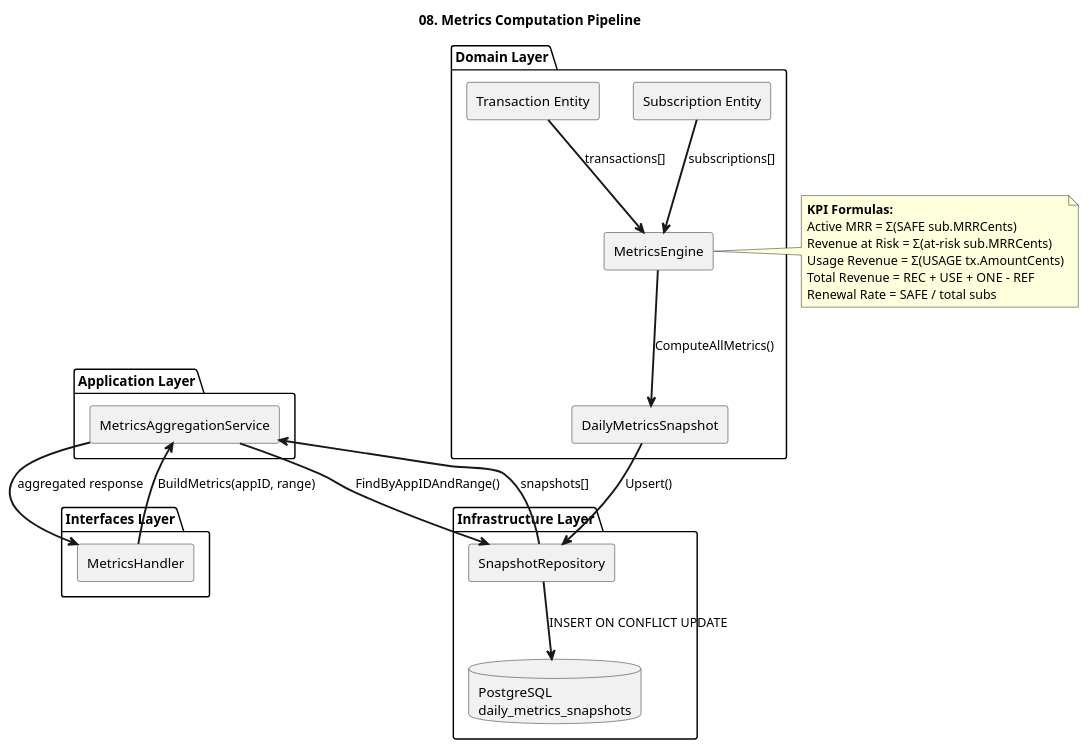
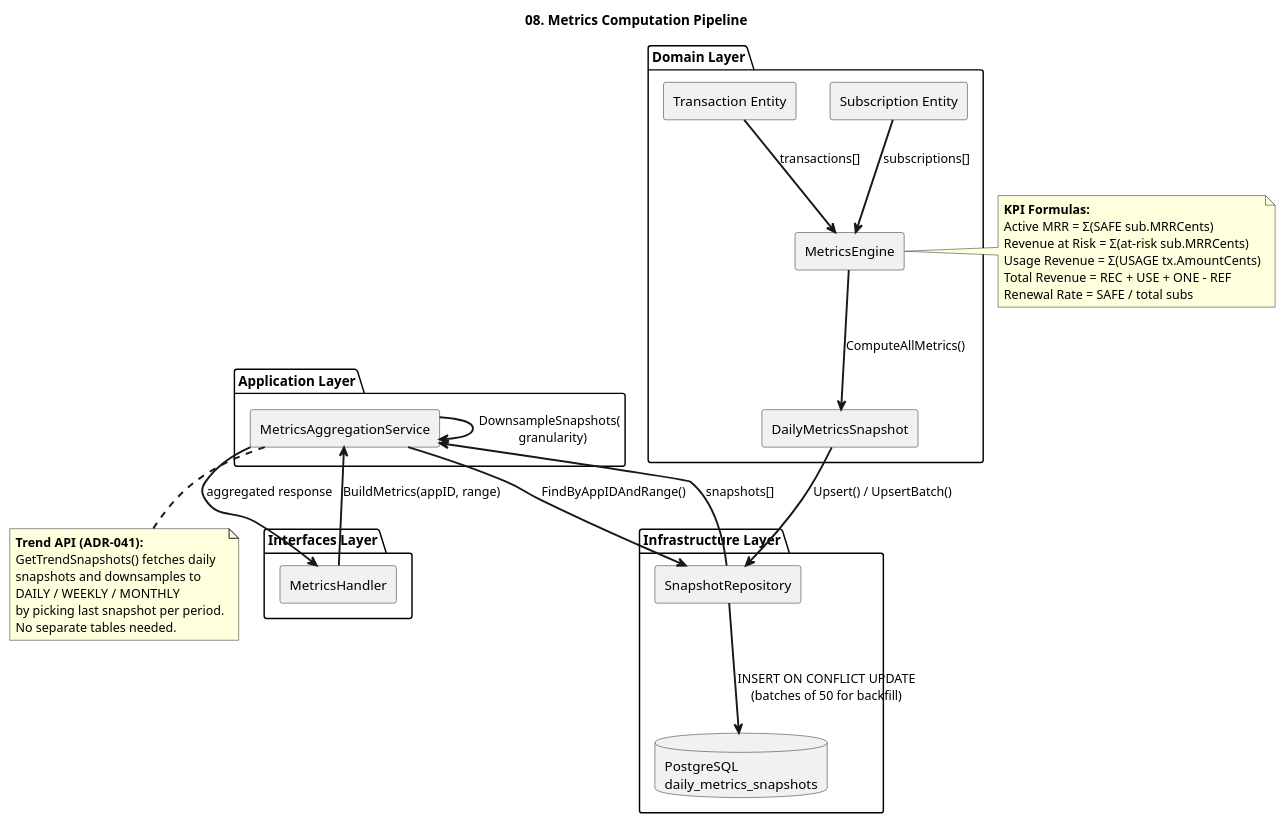
The diagram in docs/diagrams/puml/08-metrics-computation-component.puml (sachin-sivadasan/ledgerguard), drawn with PlantUML before and after one commit. The commit also changed 83 other files, not shown here.

First line of the commit message:
feat: snapshot strategy — daily backfill O(n log n), trend API with granularity (ADR-041)

```diff
--- a/docs/diagrams/puml/08-metrics-computation-component.puml
+++ b/docs/diagrams/puml/08-metrics-computation-component.puml
@@ -1,49 +1,59 @@
 @startuml
 title 08. Metrics Computation Pipeline
 
 skinparam componentStyle rectangle
 skinparam componentArrowThickness 2
 
 package "Domain Layer" {
   [MetricsEngine] as ME
   [Subscription Entity] as Sub
   [Transaction Entity] as Tx
   [DailyMetricsSnapshot] as Snap
 }
 
 package "Application Layer" {
   [MetricsAggregationService] as Agg
 }
 
 package "Interfaces Layer" {
   [MetricsHandler] as MH
 }
 
 package "Infrastructure Layer" {
   [SnapshotRepository] as SR
   database "PostgreSQL\ndaily_metrics_snapshots" as DB
 }
 
 Sub --> ME : subscriptions[]
 Tx --> ME : transactions[]
 
 ME --> Snap : ComputeAllMetrics()
 
 note right of ME
   **KPI Formulas:**
   Active MRR = Σ(SAFE sub.MRRCents)
   Revenue at Risk = Σ(at-risk sub.MRRCents)
   Usage Revenue = Σ(USAGE tx.AmountCents)
   Total Revenue = REC + USE + ONE - REF
   Renewal Rate = SAFE / total subs
 end note
 
-Snap --> SR : Upsert()
-SR --> DB : INSERT ON CONFLICT UPDATE
+Snap --> SR : Upsert() / UpsertBatch()
+SR --> DB : INSERT ON CONFLICT UPDATE\n(batches of 50 for backfill)
 
 MH --> Agg : BuildMetrics(appID, range)
 Agg --> SR : FindByAppIDAndRange()
 SR --> Agg : snapshots[]
+Agg --> Agg : DownsampleSnapshots(\n  granularity)
 Agg --> MH : aggregated response
 
+note bottom of Agg
+  **Trend API (ADR-041):**
+  GetTrendSnapshots() fetches daily
+  snapshots and downsamples to
+  DAILY / WEEKLY / MONTHLY
+  by picking last snapshot per period.
+  No separate tables needed.
+end note
+
 @enduml
```
